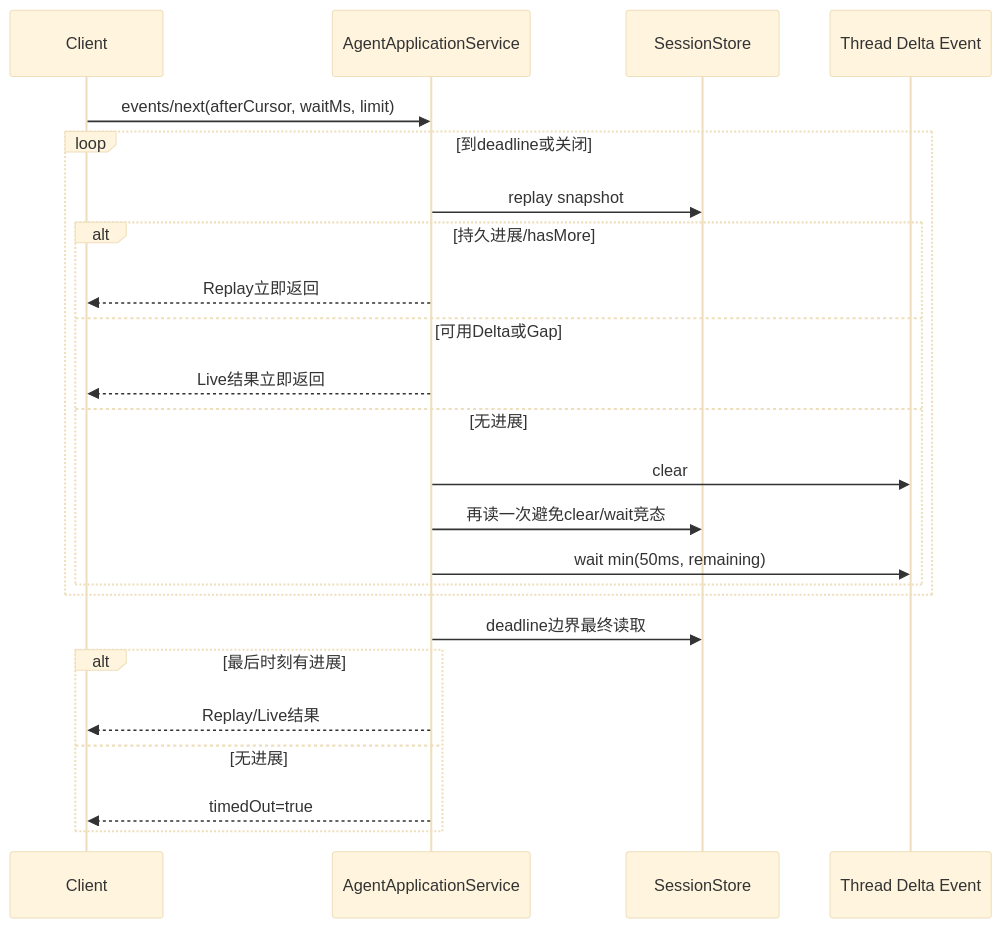
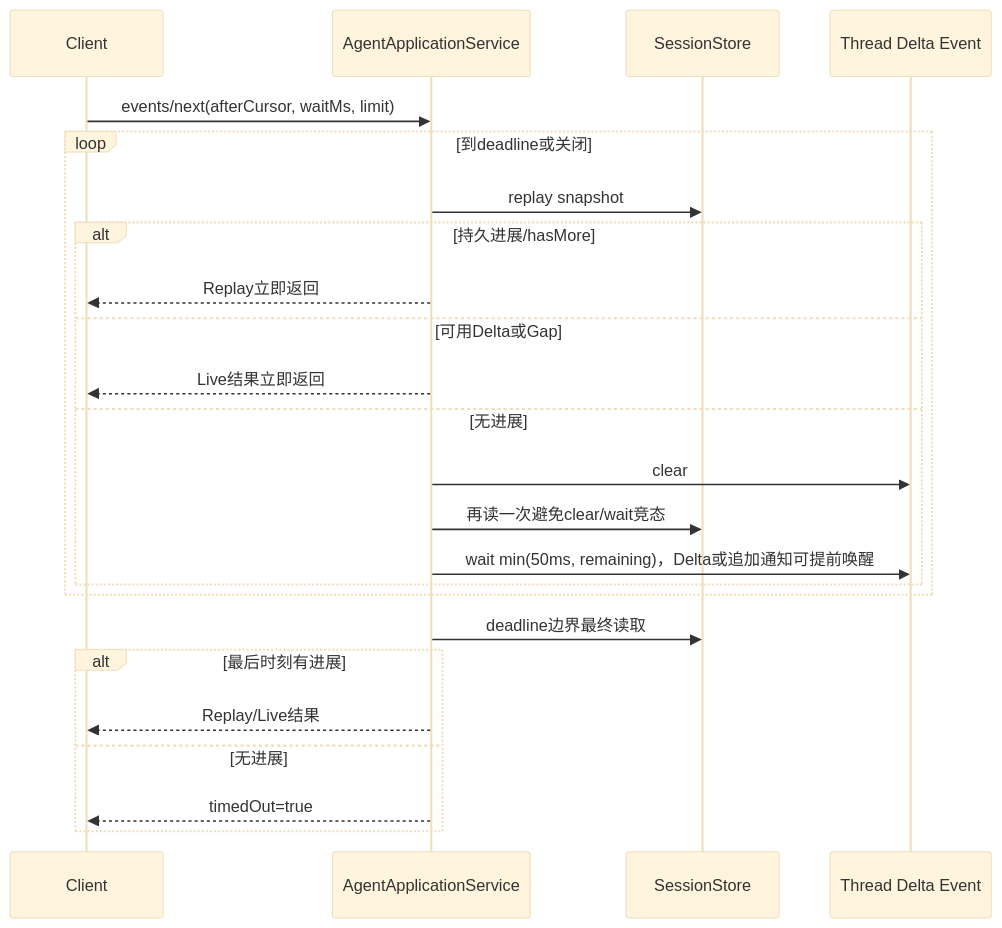
One commit to carrie1988/Harnessix changed the eighth of 14 diagrams in docs/modules/app-server.md. Above: the diagram before and after it, drawn with Mermaid (base theme). The commit also changed other lines of this file and 10 other files, not shown here.

````diff
--- a/docs/modules/app-server.md
+++ b/docs/modules/app-server.md
@@ -600,26 +615,26 @@
 ```mermaid
 sequenceDiagram
     participant C as Client
     participant A as AgentApplicationService
     participant DB as SessionStore
     participant E as Thread Delta Event
     C->>A: events/next(afterCursor, waitMs, limit)
     loop 到deadline或关闭
         A->>DB: replay snapshot
         alt 持久进展/hasMore
             A-->>C: Replay立即返回
         else 可用Delta或Gap
             A-->>C: Live结果立即返回
         else 无进展
             A->>E: clear
             A->>DB: 再读一次避免clear/wait竞态
-            A->>E: wait min(50ms, remaining)
+            A->>E: wait min(50ms, remaining)，Delta或追加通知可提前唤醒
         end
     end
     A->>DB: deadline边界最终读取
     alt 最后时刻有进展
         A-->>C: Replay/Live结果
     else 无进展
         A-->>C: timedOut=true
     end
 ```
````
